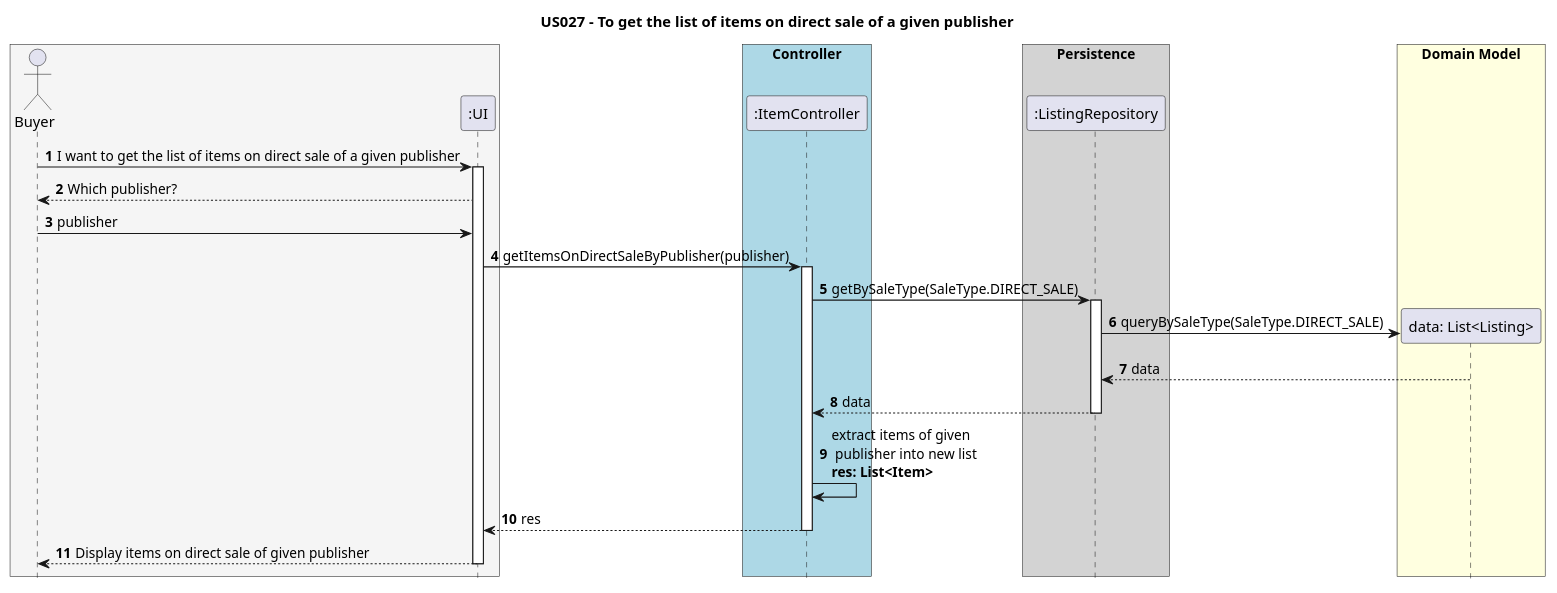
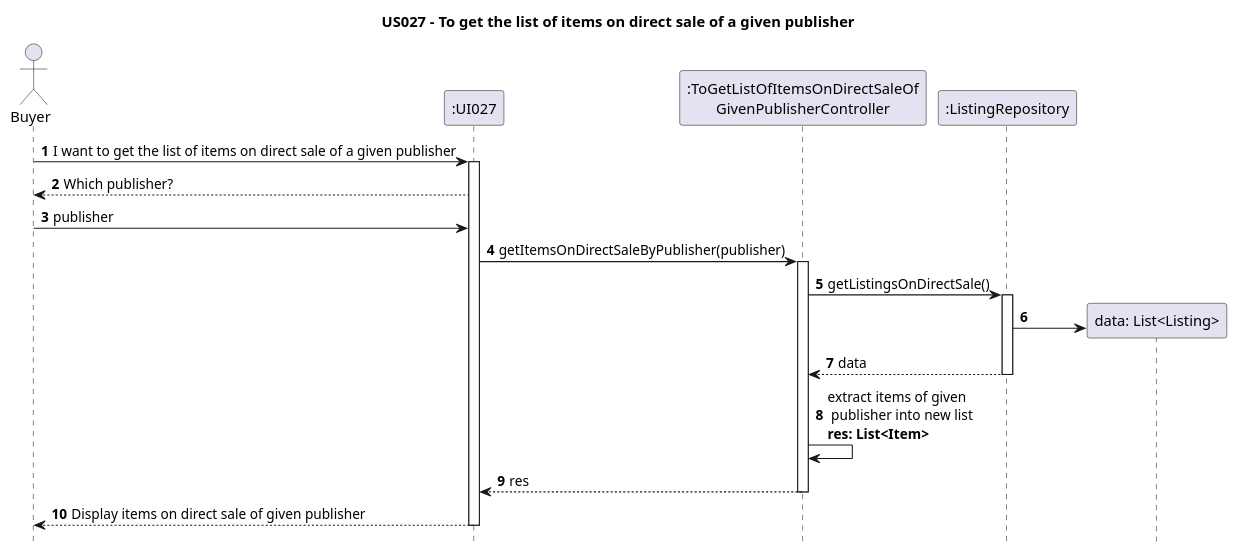
Before and after one commit to AndrePereiraGitH/SWitCH-Project-Team_A: the diagram in Diagrams/SequenceDiagrams/N2/US027-to-get-list-of-items-on-direct-sale-of-given-publisher.puml, drawn with PlantUML. The commit also changed 3 other files, not shown here.

```diff
--- a/Diagrams/SequenceDiagrams/N2/US027-to-get-list-of-items-on-direct-sale-of-given-publisher.puml
+++ b/Diagrams/SequenceDiagrams/N2/US027-to-get-list-of-items-on-direct-sale-of-given-publisher.puml
@@ -1,50 +1,49 @@
 @startuml
 
 hide footbox
 autonumber
 title US027 - To get the list of items on direct sale of a given publisher
 
-box #WhiteSmoke
+
 actor Buyer
-participant ":UI" as UI027
-end box
+participant ":UI027" as UI027
 
-box "Controller" #LightBlue
-participant ":ItemController" as Controller
-end box
 
-box "Persistence" #LightGrey
+
+participant ":ToGetListOfItemsOnDirectSaleOf\nGivenPublisherController" as Controller
+
+
+
 participant ":ListingRepository" as Repository
-end box
+
 
 Buyer -> UI027 : I want to get the list of items on direct sale of a given publisher
 activate UI027
 Buyer <-- UI027 : Which publisher?
 Buyer -> UI027 : publisher
 
 UI027 -> Controller : getItemsOnDirectSaleByPublisher(publisher)
 activate Controller
 
-Controller -> Repository : getBySaleType(SaleType.DIRECT_SALE)
+Controller -> Repository : getListingsOnDirectSale()
 activate Repository
 
 
 
-box "Domain Model" #LightYellow
+
 create "data: List<Listing>" as Listing
-Repository -> Listing : queryBySaleType(SaleType.DIRECT_SALE)
-Listing --> Repository : data
-end box
+Repository -> Listing
+
 
 Repository --> Controller : data
 deactivate Repository
 
 Controller -> Controller : extract items of given\n publisher into new list\n**res: List<Item>**
 
 Controller --> UI027 : res
 deactivate Controller
 
 UI027 --> Buyer : Display items on direct sale of given publisher
 deactivate UI027
 
 @enduml
```
